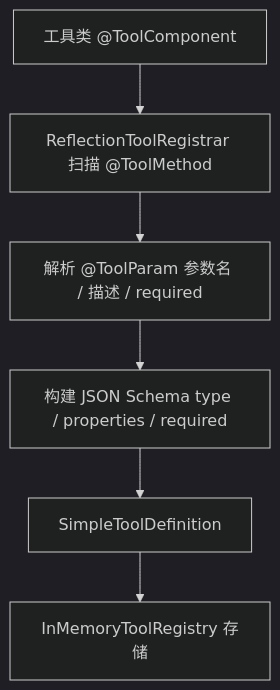
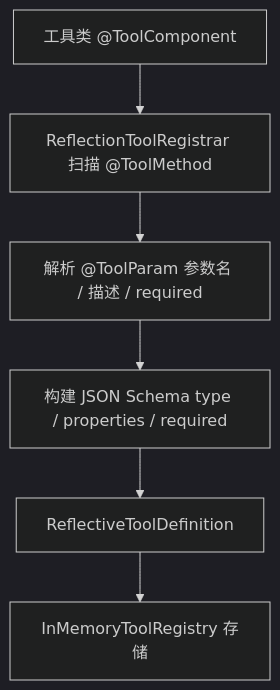
One commit to Halcyonsong/liteagent-template changed the fourth of 6 diagrams in docs/openai-compatible-chat.md. Above: the diagram before and after it, drawn with Mermaid (dark theme). The commit also changed other lines of this file and 55 other files, not shown here.

````diff
--- a/docs/openai-compatible-chat.md
+++ b/docs/openai-compatible-chat.md
@@ -182,8 +199,8 @@
 ```mermaid
 flowchart TD
     T1[工具类 @ToolComponent] --> T2[ReflectionToolRegistrar 扫描 @ToolMethod]
     T2 --> T3[解析 @ToolParam 参数名 / 描述 / required]
     T3 --> T4[构建 JSON Schema type / properties / required]
-    T4 --> T5[SimpleToolDefinition]
+    T4 --> T5[ReflectiveToolDefinition]
     T5 --> T6[InMemoryToolRegistry 存储]
 ```
````
